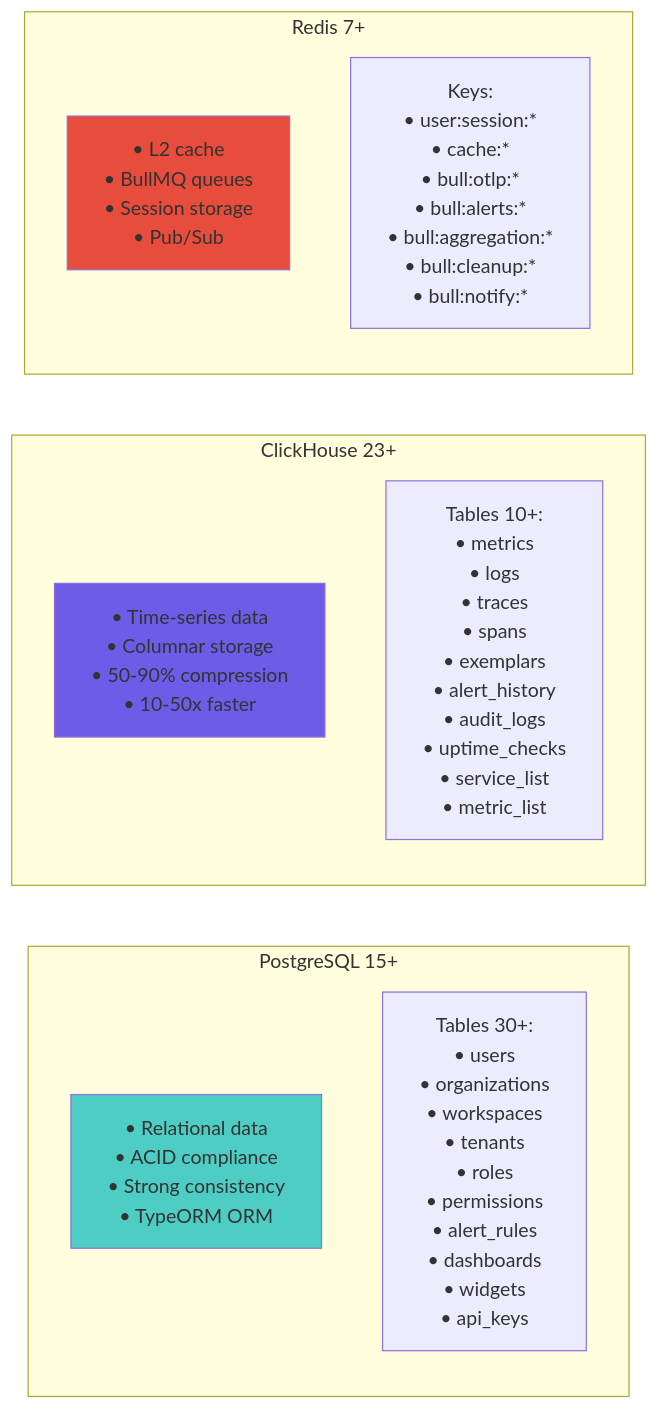
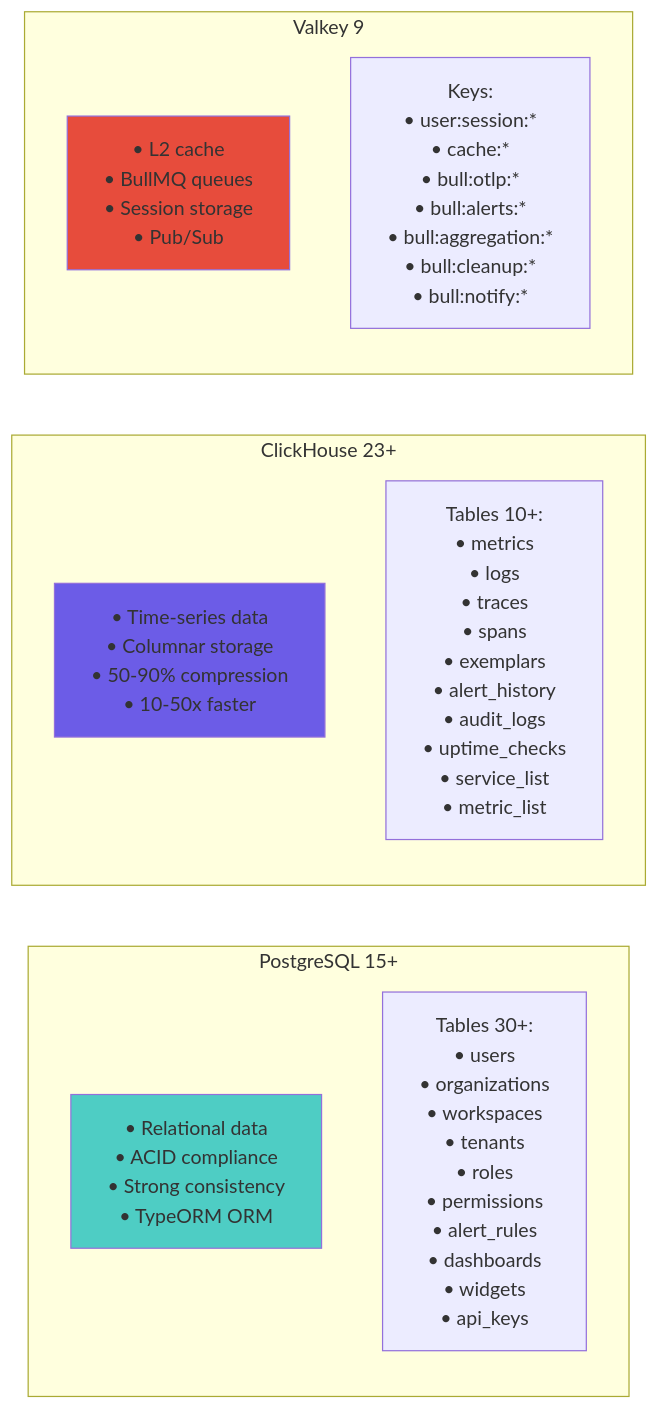
Before and after one commit to telemetryflow/telemetryflow-overview: the fourth of 14 diagrams in architecture/01-SYSTEM-ARCHITECTURE.md, drawn with Mermaid. The commit also changed other lines of this file and 23 other files, not shown here.

First line of the commit message:
docs: relabel Redis->Valkey in architecture/diagrams/prose (follow-up sweep)

````diff
--- a/architecture/01-SYSTEM-ARCHITECTURE.md
+++ b/architecture/01-SYSTEM-ARCHITECTURE.md
@@ -227,21 +227,21 @@
 ```mermaid
 graph LR
     subgraph "PostgreSQL 15+"
         PGFeatures[• Relational data<br/>• ACID compliance<br/>• Strong consistency<br/>• TypeORM ORM]
         PGTables[Tables 30+:<br/>• users<br/>• organizations<br/>• workspaces<br/>• tenants<br/>• roles<br/>• permissions<br/>• alert_rules<br/>• dashboards<br/>• widgets<br/>• api_keys]
     end
 
     subgraph "ClickHouse 23+"
         CHFeatures[• Time-series data<br/>• Columnar storage<br/>• 50-90% compression<br/>• 10-50x faster]
         CHTables[Tables 10+:<br/>• metrics<br/>• logs<br/>• traces<br/>• spans<br/>• exemplars<br/>• alert_history<br/>• audit_logs<br/>• uptime_checks<br/>• service_list<br/>• metric_list]
     end
 
-    subgraph "Redis 7+"
-        RedisFeatures[• L2 cache<br/>• BullMQ queues<br/>• Session storage<br/>• Pub/Sub]
-        RedisKeys[Keys:<br/>• user:session:*<br/>• cache:*<br/>• bull:otlp:*<br/>• bull:alerts:*<br/>• bull:aggregation:*<br/>• bull:cleanup:*<br/>• bull:notify:*]
+    subgraph "Valkey 9"
+        ValkeyFeatures[• L2 cache<br/>• BullMQ queues<br/>• Session storage<br/>• Pub/Sub]
+        ValkeyKeys[Keys:<br/>• user:session:*<br/>• cache:*<br/>• bull:otlp:*<br/>• bull:alerts:*<br/>• bull:aggregation:*<br/>• bull:cleanup:*<br/>• bull:notify:*]
     end
 
     style PGFeatures fill:#4ecdc4
     style CHFeatures fill:#6c5ce7
-    style RedisFeatures fill:#e74c3c
+    style ValkeyFeatures fill:#e74c3c
 ```
````
